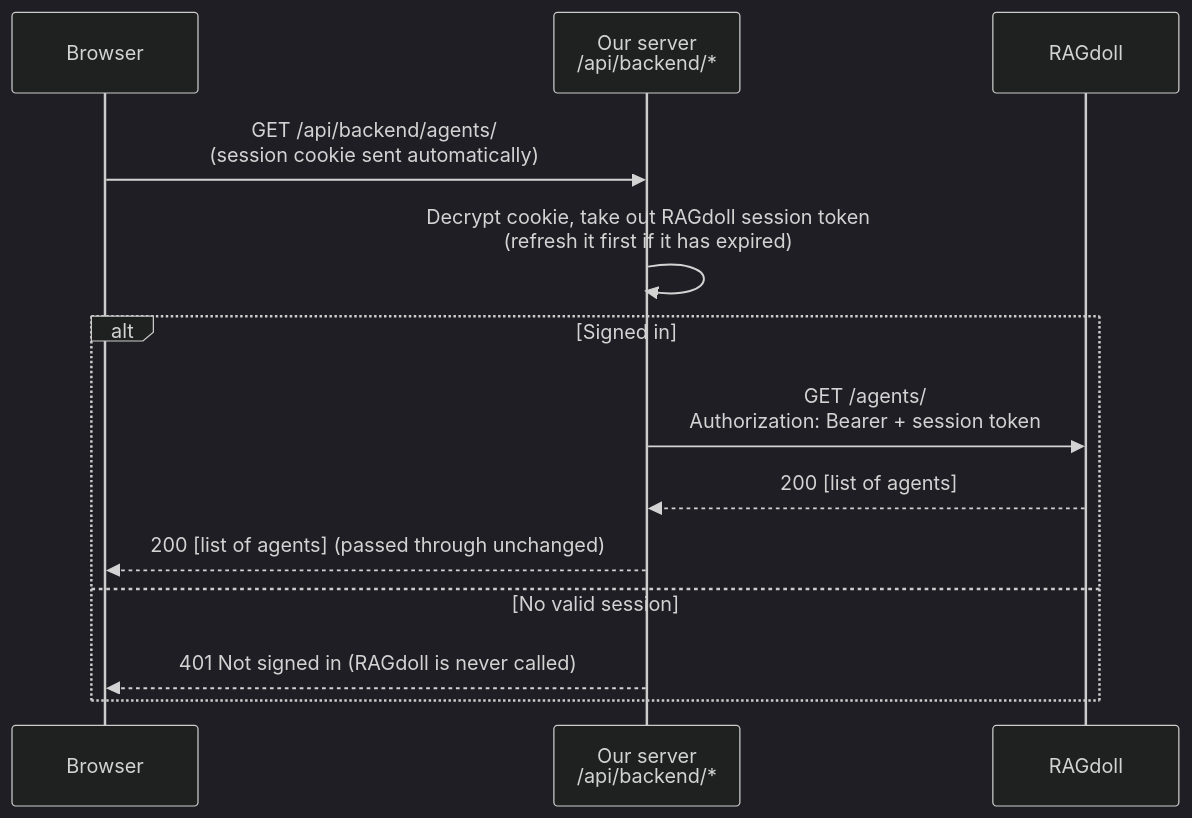
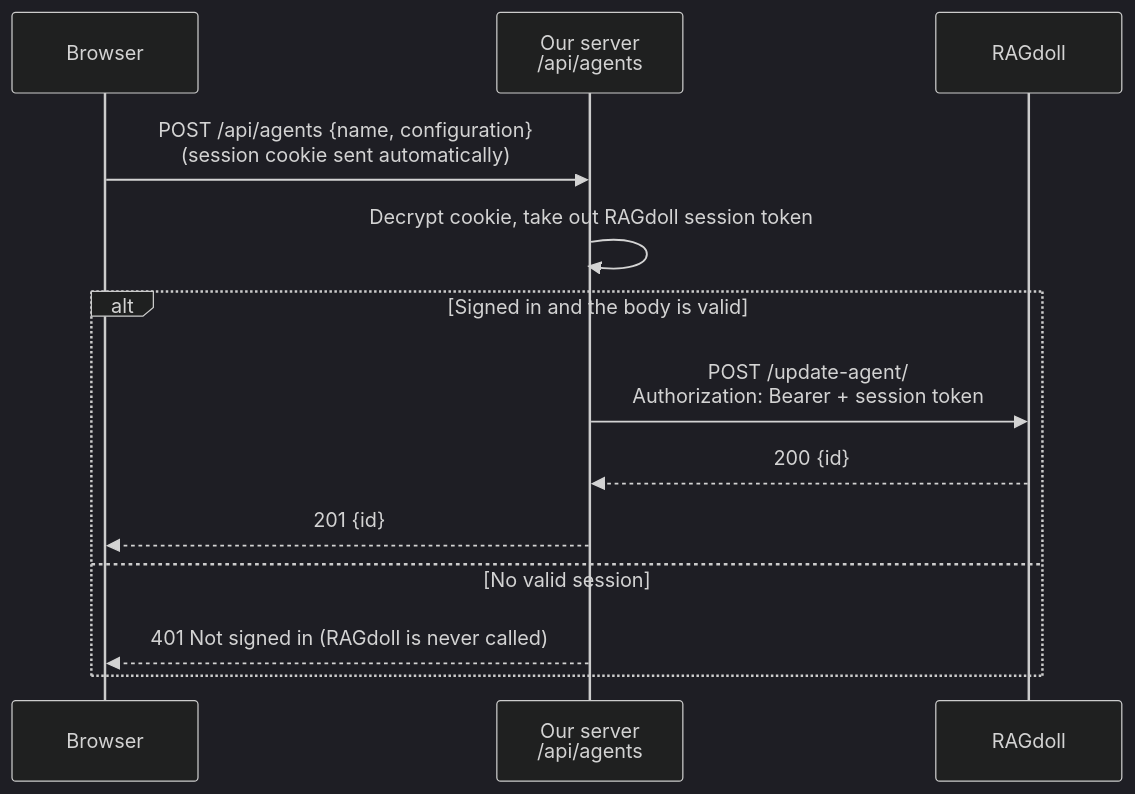
The third of 4 diagrams in docs/architecture.md (IMTEL/team-tdt4290-fall-2026), drawn with Mermaid (dark theme) before and after one commit. The commit also changed other lines of this file and 1 other file, not shown here.

````diff
--- a/docs/architecture.md
+++ b/docs/architecture.md
@@ -155,16 +158,16 @@
 ```mermaid
 sequenceDiagram
     participant B as Browser
-    participant P as Our server<br/>/api/backend/*
+    participant N as Our server<br/>/api/agents
     participant R as RAGdoll
 
-    B->>P: GET /api/backend/agents/<br/>(session cookie sent automatically)
-    P->>P: Decrypt cookie, take out RAGdoll session token<br/>(refresh it first if it has expired)
-    alt Signed in
-        P->>R: GET /agents/<br/>Authorization: Bearer + session token
-        R-->>P: 200 [list of agents]
-        P-->>B: 200 [list of agents] (passed through unchanged)
+    B->>N: POST /api/agents {name, configuration}<br/>(session cookie sent automatically)
+    N->>N: Decrypt cookie, take out RAGdoll session token
+    alt Signed in and the body is valid
+        N->>R: POST /update-agent/<br/>Authorization: Bearer + session token
+        R-->>N: 200 {id}
+        N-->>B: 201 {id}
     else No valid session
-        P-->>B: 401 Not signed in (RAGdoll is never called)
+        N-->>B: 401 Not signed in (RAGdoll is never called)
     end
 ```
````
